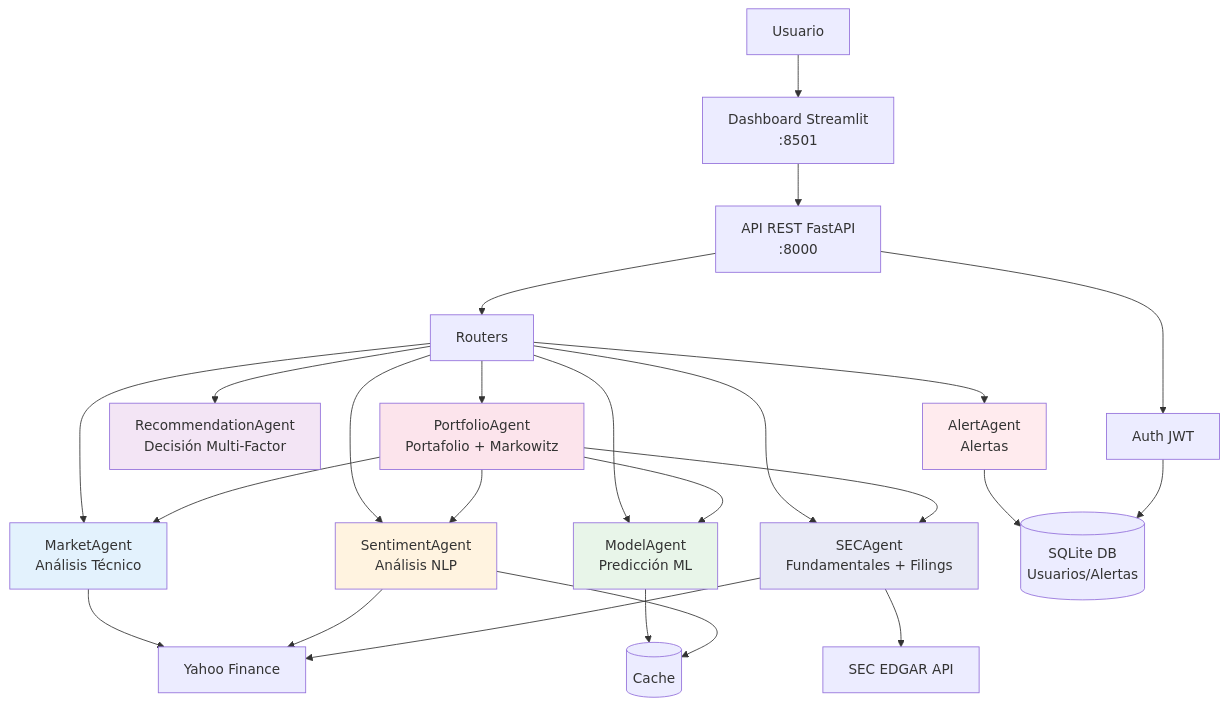
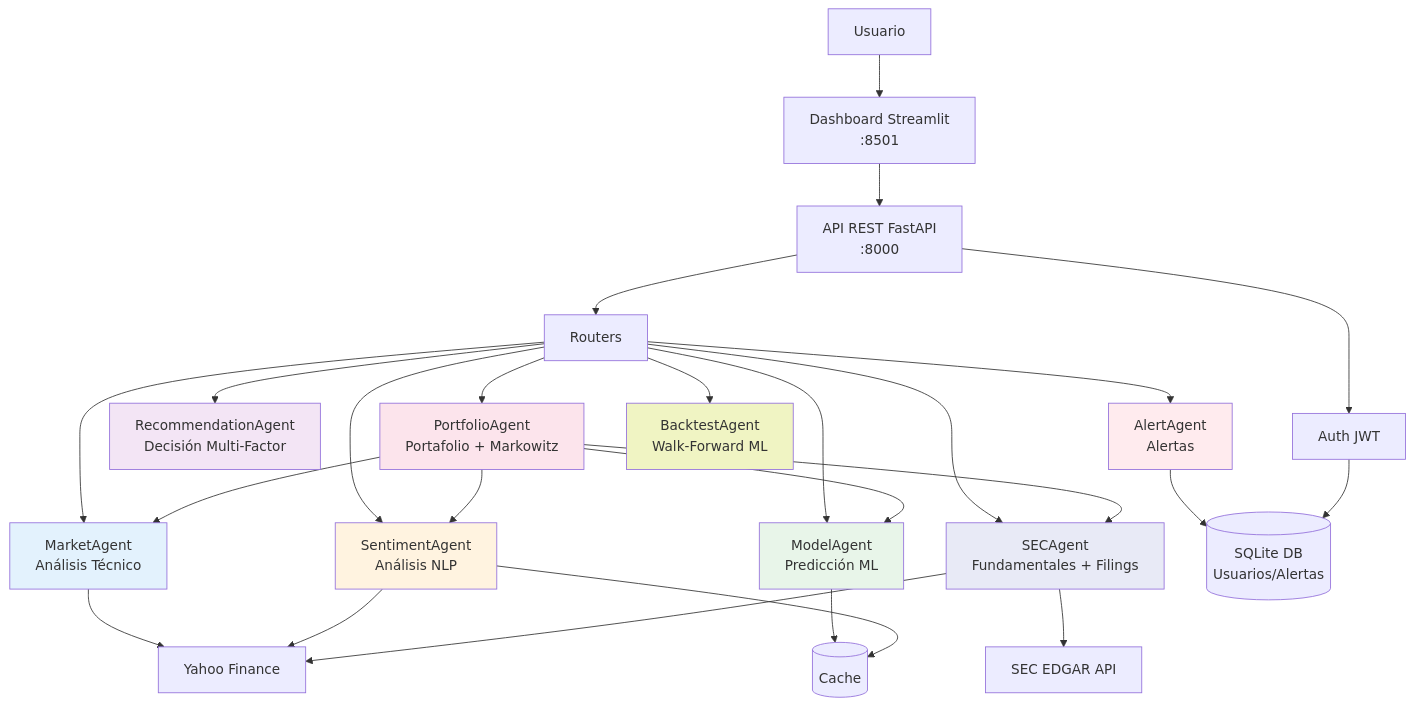
One commit to fabianacid/tesis_maestria changed the diagram in README.md. Above: the diagram before and after it, drawn with Mermaid. The commit also changed other lines of this file, not shown here.

First line of the commit message:
Actualizar README con BacktestAgent, Maestria UNR y capturas

````diff
--- a/README.md
+++ b/README.md
@@ -57,37 +60,39 @@
 ```mermaid
 graph TB
     User[ Usuario] --> Dashboard[ Dashboard Streamlit<br/>:8501]
     Dashboard --> API[ API REST FastAPI<br/>:8000]
     API --> Auth[ Auth JWT]
     API --> Router1[ Routers]
 
     Router1 --> MA[ MarketAgent<br/>Análisis Técnico]
     Router1 --> MOA[ ModelAgent<br/>Predicción ML]
     Router1 --> SA[ SentimentAgent<br/>Análisis NLP]
     Router1 --> RA[ RecommendationAgent<br/>Decisión Multi-Factor]
     Router1 --> AA[ AlertAgent<br/>Alertas]
     Router1 --> SECA[ SECAgent<br/>Fundamentales + Filings]
     Router1 --> PA[ PortfolioAgent<br/>Portafolio + Markowitz]
+    Router1 --> BA[ BacktestAgent<br/>Walk-Forward ML]
 
     MA --> YF[ Yahoo Finance]
     SA --> YF
     SECA --> YF
     SECA --> EDGAR[ SEC EDGAR API]
     PA --> MA
     PA --> MOA
     PA --> SA
     PA --> SECA
     MOA --> Cache[( Cache)]
     SA --> Cache
 
     AA --> DB[( SQLite DB<br/>Usuarios/Alertas)]
     Auth --> DB
 
     style MA fill:#e3f2fd
     style MOA fill:#e8f5e9
     style SA fill:#fff3e0
     style RA fill:#f3e5f5
     style AA fill:#ffebee
     style SECA fill:#e8eaf6
     style PA fill:#fce4ec
+    style BA fill:#f0f4c3
 ```
````
